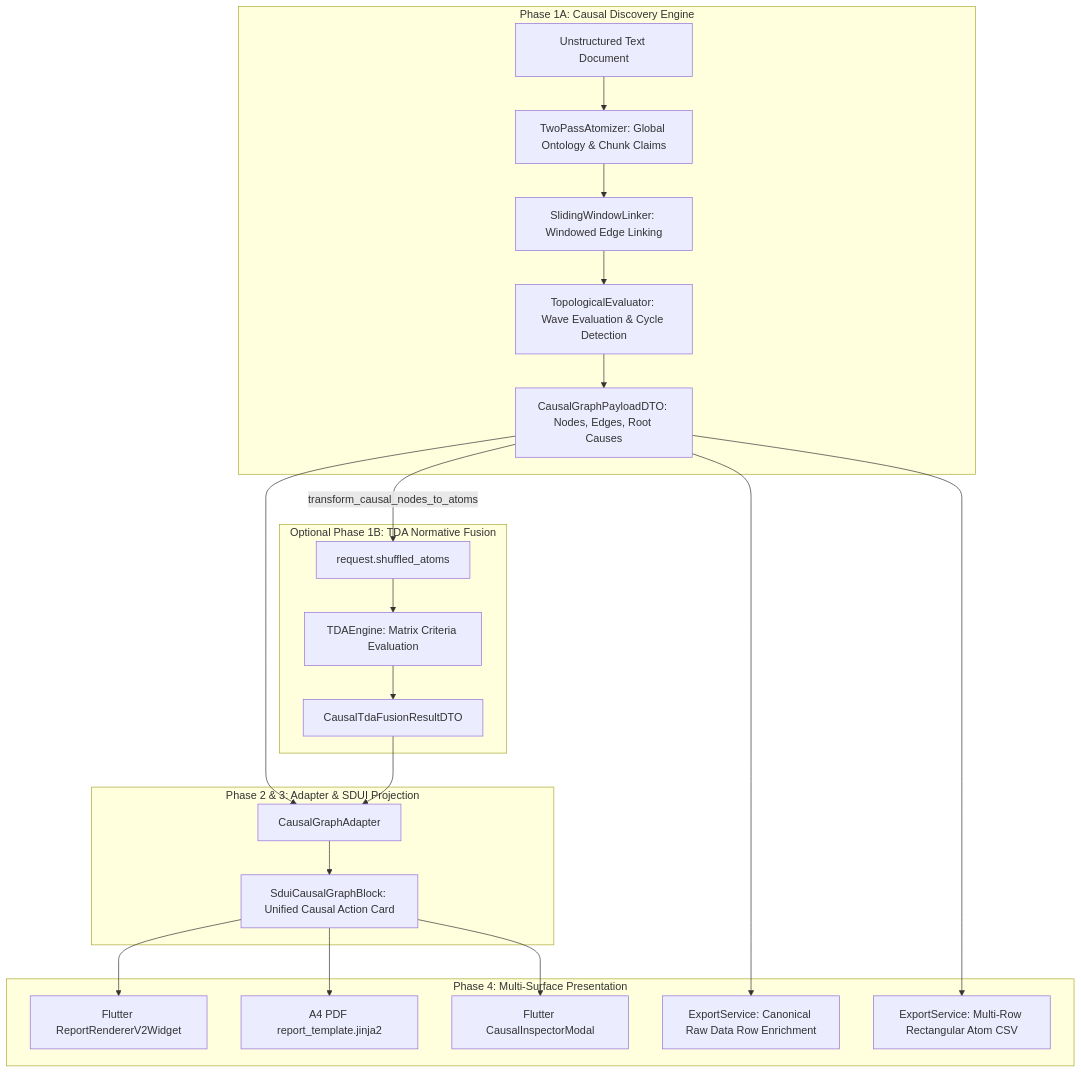
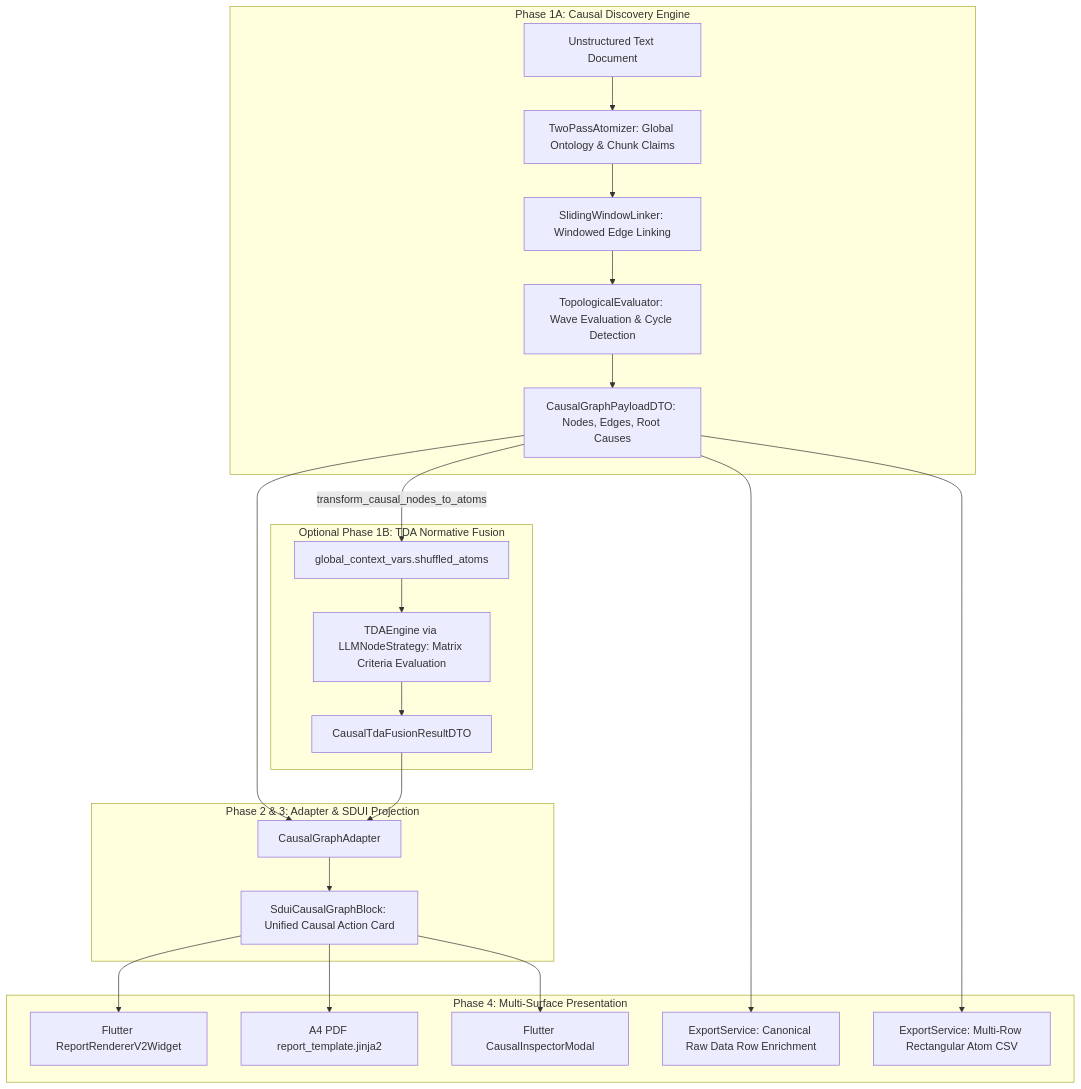
The diagram in docs/epic/EPIC_154_Dynamic_Causal_Discovery_Engine.md (launis/quorum), drawn with Mermaid before and after one commit. The commit also changed other lines of this file and 7 other files, not shown here.

````diff
--- a/docs/epic/EPIC_154_Dynamic_Causal_Discovery_Engine.md
+++ b/docs/epic/EPIC_154_Dynamic_Causal_Discovery_Engine.md
@@ -275,29 +279,29 @@
 ```mermaid
 flowchart TD
     subgraph Phase1A [Phase 1A: Causal Discovery Engine]
         Doc[Unstructured Text Document] --> TwoPass[TwoPassAtomizer: Global Ontology & Chunk Claims]
         TwoPass --> Linker[SlidingWindowLinker: Windowed Edge Linking]
         Linker --> Topo[TopologicalEvaluator: Wave Evaluation & Cycle Detection]
         Topo --> Payload[CausalGraphPayloadDTO: Nodes, Edges, Root Causes]
     end
 
     subgraph Phase1B [Optional Phase 1B: TDA Normative Fusion]
-        Payload -->|transform_causal_nodes_to_atoms| ShuffledAtoms[request.shuffled_atoms]
-        ShuffledAtoms --> TDA[TDAEngine: Matrix Criteria Evaluation]
+        Payload -->|transform_causal_nodes_to_atoms| ShuffledAtoms[global_context_vars.shuffled_atoms]
+        ShuffledAtoms --> TDA[TDAEngine via LLMNodeStrategy: Matrix Criteria Evaluation]
         TDA --> FusionDTO[CausalTdaFusionResultDTO]
     end
 
     subgraph Phase2_3 [Phase 2 & 3: Adapter & SDUI Projection]
         Payload --> Adapter[CausalGraphAdapter]
         FusionDTO --> Adapter
         Adapter --> SDUIBlock[SduiCausalGraphBlock: Unified Causal Action Card]
     end
 
     subgraph Phase4 [Phase 4: Multi-Surface Presentation]
         SDUIBlock --> FlutterUI[Flutter ReportRendererV2Widget]
         SDUIBlock --> JinjaPDF[A4 PDF report_template.jinja2]
         SDUIBlock --> Inspector[Flutter CausalInspectorModal]
         Payload --> Excel[ExportService: Canonical Raw Data Row Enrichment]
         Payload --> FlatCSV[ExportService: Multi-Row Rectangular Atom CSV]
     end
 ```
````
